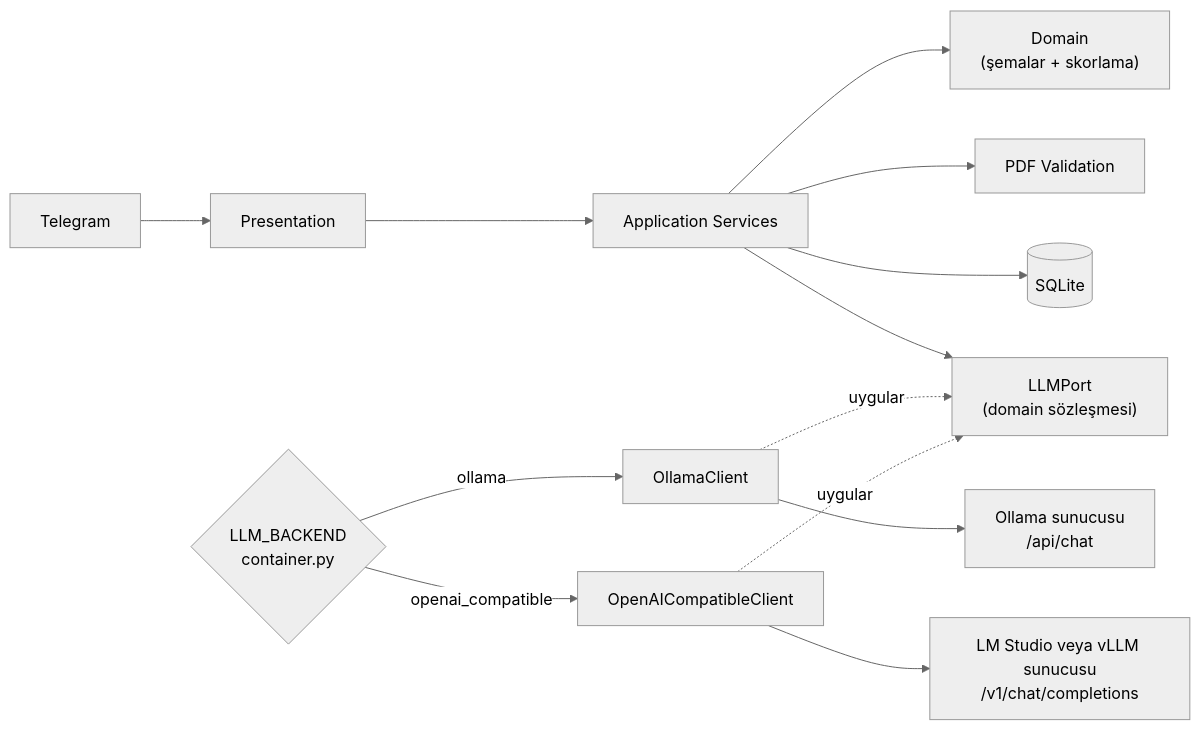
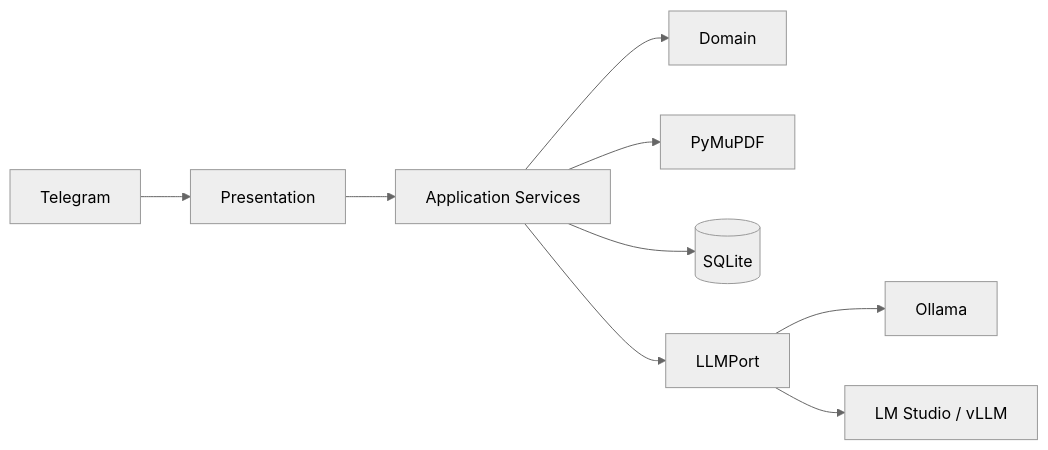
The diagram in README.md (semihbugrasezer/sisoft-project), drawn with Mermaid (neutral theme) before and after one commit. The commit also changed other lines of this file and 21 other files, not shown here.

````diff
--- a/README.md
+++ b/README.md
@@ -51,16 +27,11 @@
 ```mermaid
 flowchart LR
     TG[Telegram] --> P[Presentation]
     P --> A[Application Services]
-    A --> D["Domain<br/>(şemalar + skorlama)"]
-    A --> PDF[PDF Validation]
+    A --> D[Domain]
+    A --> PDF[PyMuPDF]
     A --> DB[(SQLite)]
-    A --> PORT["LLMPort<br/>(domain sözleşmesi)"]
-
-    CFG{"LLM_BACKEND<br/>container.py"} -->|ollama| OC[OllamaClient]
-    CFG -->|openai_compatible| OAC[OpenAICompatibleClient]
-    OC -. uygular .-> PORT
-    OAC -. uygular .-> PORT
-    OC --> O["Ollama sunucusu<br/>/api/chat"]
-    OAC --> C["LM Studio veya vLLM sunucusu<br/>/v1/chat/completions"]
+    A --> PORT[LLMPort]
+    PORT --> O[Ollama]
+    PORT --> C[LM Studio / vLLM]
 ```
````
